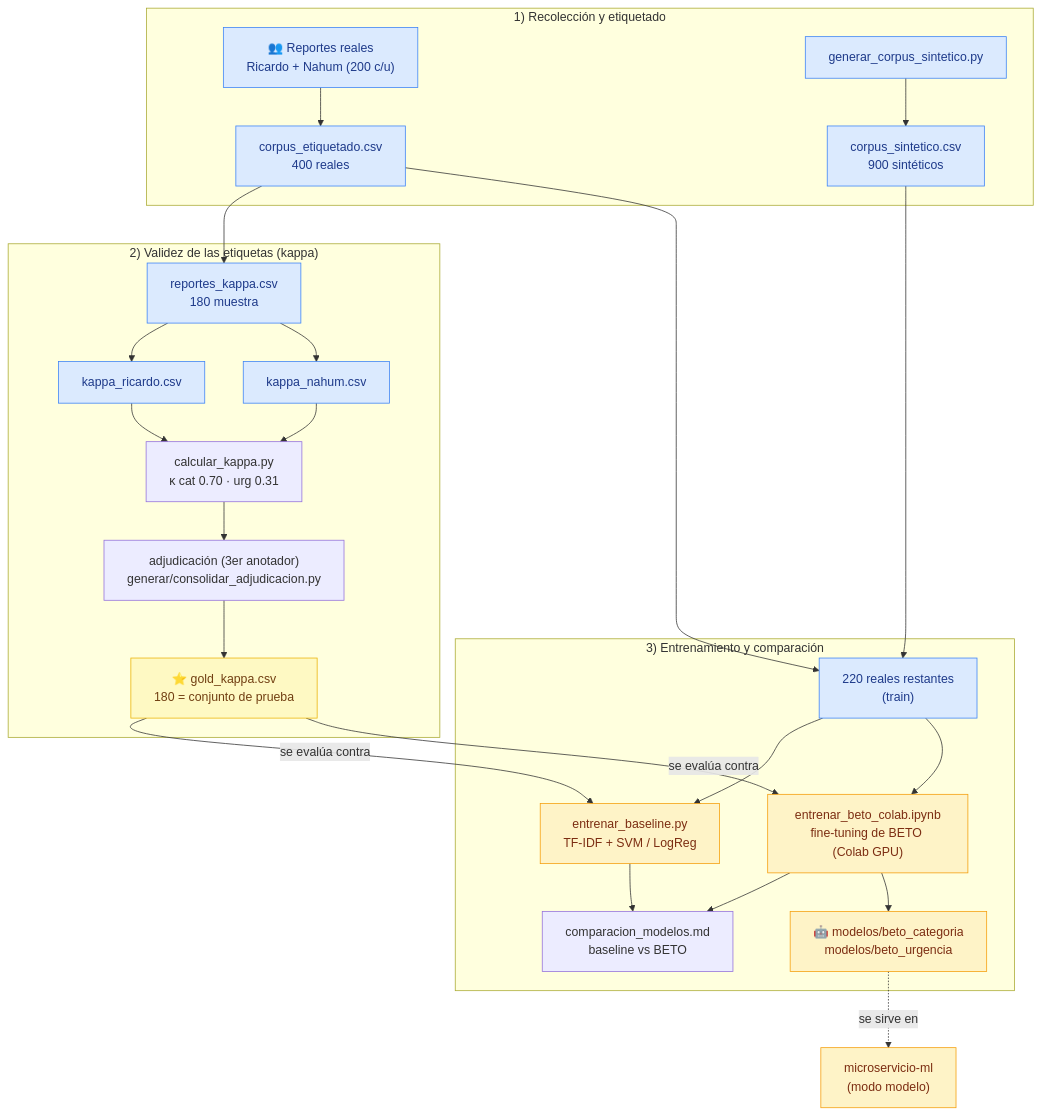
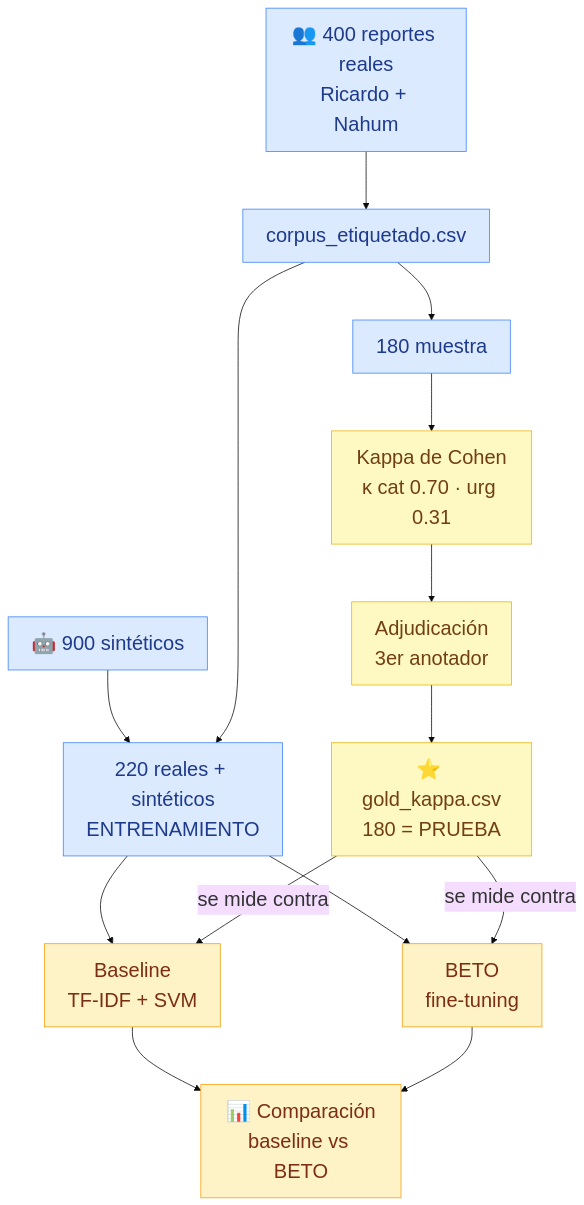
One commit to alexisherrera09/sirec changed the second of 3 diagrams in README.md. Above: the diagram before and after it, drawn with Mermaid. The commit also changed other lines of this file, not shown here.

Commit message:
README: diagramas mas grandes y legibles
- Agrega directiva init con fontSize 26px y mas espaciado a los 3 diagramas.
- Orientacion vertical (TD) para aprovechar el ancho de la pagina.
- Simplifica el pipeline de entrenamiento (menos nodos, mas grandes).
- Reduce el diagrama de arquitectura y el de AWS a lo esencial.

````diff
--- a/README.md
+++ b/README.md
@@ -227,38 +223,24 @@
 ```mermaid
+%%{init: {'theme':'base', 'themeVariables': {'fontSize':'26px'}, 'flowchart': {'nodeSpacing':60, 'rankSpacing':75}}}%%
 flowchart TD
-    subgraph Datos["1) Recolección y etiquetado"]
-        RE["👥 Reportes reales<br/>Ricardo + Nahum (200 c/u)"] --> CORP["corpus_etiquetado.csv<br/>400 reales"]
-        GEN["generar_corpus_sintetico.py"] --> SINT["corpus_sintetico.csv<br/>900 sintéticos"]
-    end
-
-    subgraph Kappa["2) Validez de las etiquetas (kappa)"]
-        CORP --> MUE["reportes_kappa.csv<br/>180 muestra"]
-        MUE --> KR["kappa_ricardo.csv"]
-        MUE --> KN["kappa_nahum.csv"]
-        KR --> CALC["calcular_kappa.py<br/>κ cat 0.70 · urg 0.31"]
-        KN --> CALC
-        CALC --> ADJ["adjudicación (3er anotador)<br/>generar/consolidar_adjudicacion.py"]
-        ADJ --> GOLD["⭐ gold_kappa.csv<br/>180 = conjunto de prueba"]
-    end
-
-    subgraph Entrena["3) Entrenamiento y comparación"]
-        CORP --> TR["220 reales restantes<br/>(train)"]
-        SINT --> TR
-        TR --> BASE["entrenar_baseline.py<br/>TF-IDF + SVM / LogReg"]
-        TR --> BETOT["entrenar_beto_colab.ipynb<br/>fine-tuning de BETO (Colab GPU)"]
-        GOLD -->|"se evalúa contra"| BASE
-        GOLD -->|"se evalúa contra"| BETOT
-        BASE --> CMP["comparacion_modelos.md<br/>baseline vs BETO"]
-        BETOT --> CMP
-        BETOT --> MOD["🤖 modelos/beto_categoria<br/>modelos/beto_urgencia"]
-    end
-
-    MOD -.->|"se sirve en"| USO["microservicio-ml<br/>(modo modelo)"]
+    RE["👥 400 reportes reales<br/>Ricardo + Nahum"] --> CORP["corpus_etiquetado.csv"]
+    GEN["🤖 900 sintéticos"] --> TR
+    CORP --> MUE["180 muestra"]
+    MUE --> KAPPA["Kappa de Cohen<br/>κ cat 0.70 · urg 0.31"]
+    KAPPA --> ADJ["Adjudicación<br/>3er anotador"]
+    ADJ --> GOLD["⭐ gold_kappa.csv<br/>180 = PRUEBA"]
+    CORP --> TR["220 reales + sintéticos<br/>ENTRENAMIENTO"]
+    TR --> BASE["Baseline<br/>TF-IDF + SVM"]
+    TR --> BETOT["BETO<br/>fine-tuning"]
+    GOLD -->|"se mide contra"| BASE
+    GOLD -->|"se mide contra"| BETOT
+    BASE --> CMP["📊 Comparación<br/>baseline vs BETO"]
+    BETOT --> CMP
 
     classDef data fill:#dbeafe,stroke:#3b82f6,color:#1e3a8a;
     classDef gold fill:#fef9c3,stroke:#eab308,color:#713f12;
     classDef model fill:#fef3c7,stroke:#f59e0b,color:#7c2d12;
-    class RE,CORP,GEN,SINT,MUE,KR,KN,TR data;
-    class GOLD gold;
-    class MOD,USO,BETOT,BASE model;
+    class RE,CORP,GEN,MUE,TR data;
+    class GOLD,KAPPA,ADJ gold;
+    class BASE,BETOT,CMP model;
 ```
````
